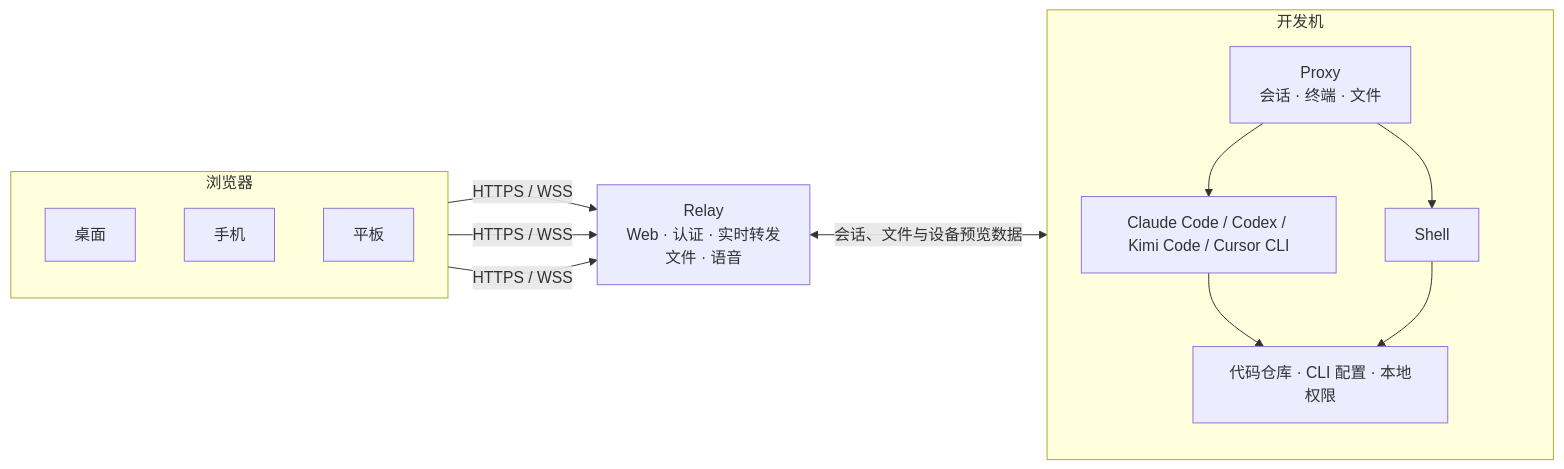
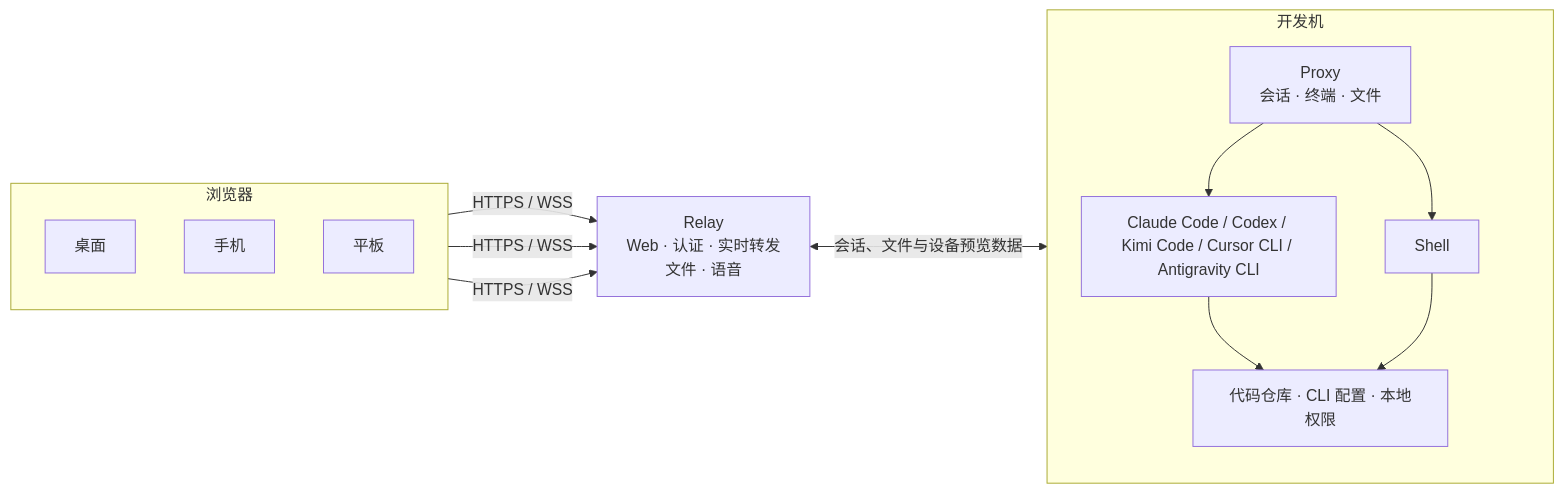
Before and after one commit to lichenxicatapple-blip/dev-anywhere: the diagram in README.md, drawn with Mermaid. The commit also changed other lines of this file and 55 other files, not shown here.

Commit message:
feat: integrate Antigravity CLI sessions

````diff
--- a/README.md
+++ b/README.md
@@ -321,29 +323,29 @@
 ```mermaid
 flowchart LR
   subgraph clients["浏览器"]
     direction TB
     desktop["桌面"]
     phone["手机"]
     tablet["平板"]
   end
 
   relay["Relay<br/>Web · 认证 · 实时转发<br/>文件 · 语音"]
 
   subgraph machine["开发机"]
     direction TB
     proxy["Proxy<br/>会话 · 终端 · 文件"]
-    agent["Claude Code / Codex / Kimi Code / Cursor CLI"]
+    agent["Claude Code / Codex / Kimi Code / Cursor CLI / Antigravity CLI"]
     shell["Shell"]
     local["代码仓库 · CLI 配置 · 本地权限"]
 
     proxy --> agent
     proxy --> shell
     agent --> local
     shell --> local
   end
 
   desktop -->|"HTTPS / WSS"| relay
   phone -->|"HTTPS / WSS"| relay
   tablet -->|"HTTPS / WSS"| relay
   relay <-->|"会话、文件与设备预览数据"| proxy
 ```
````
